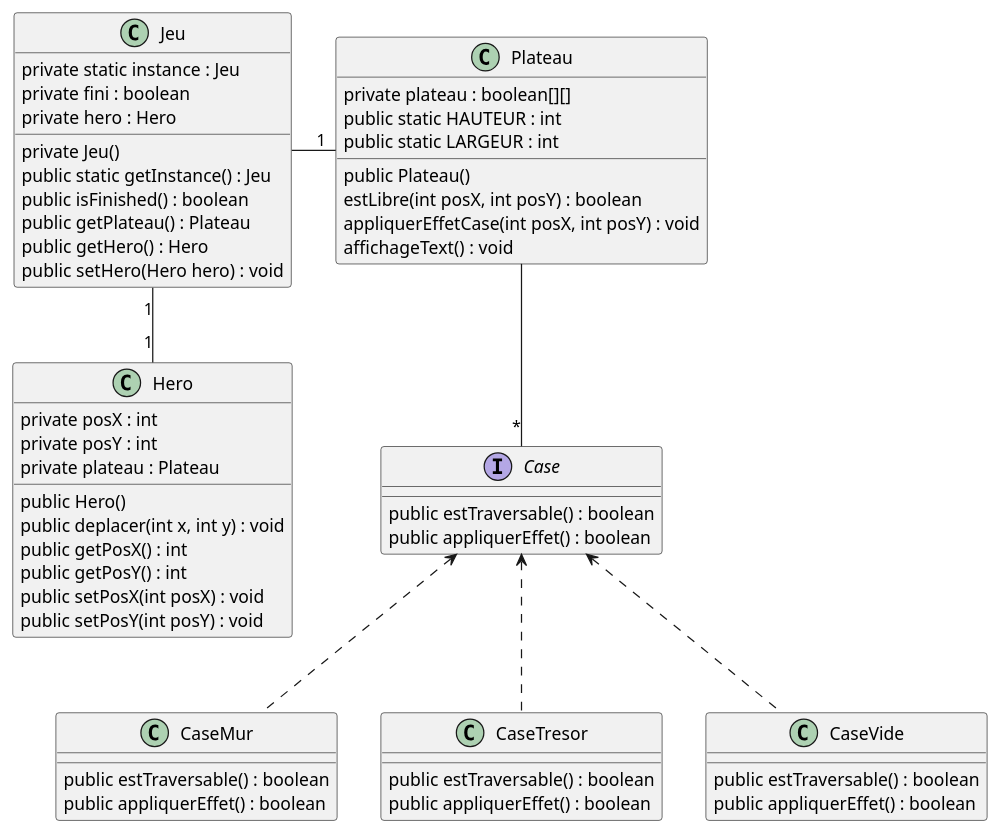
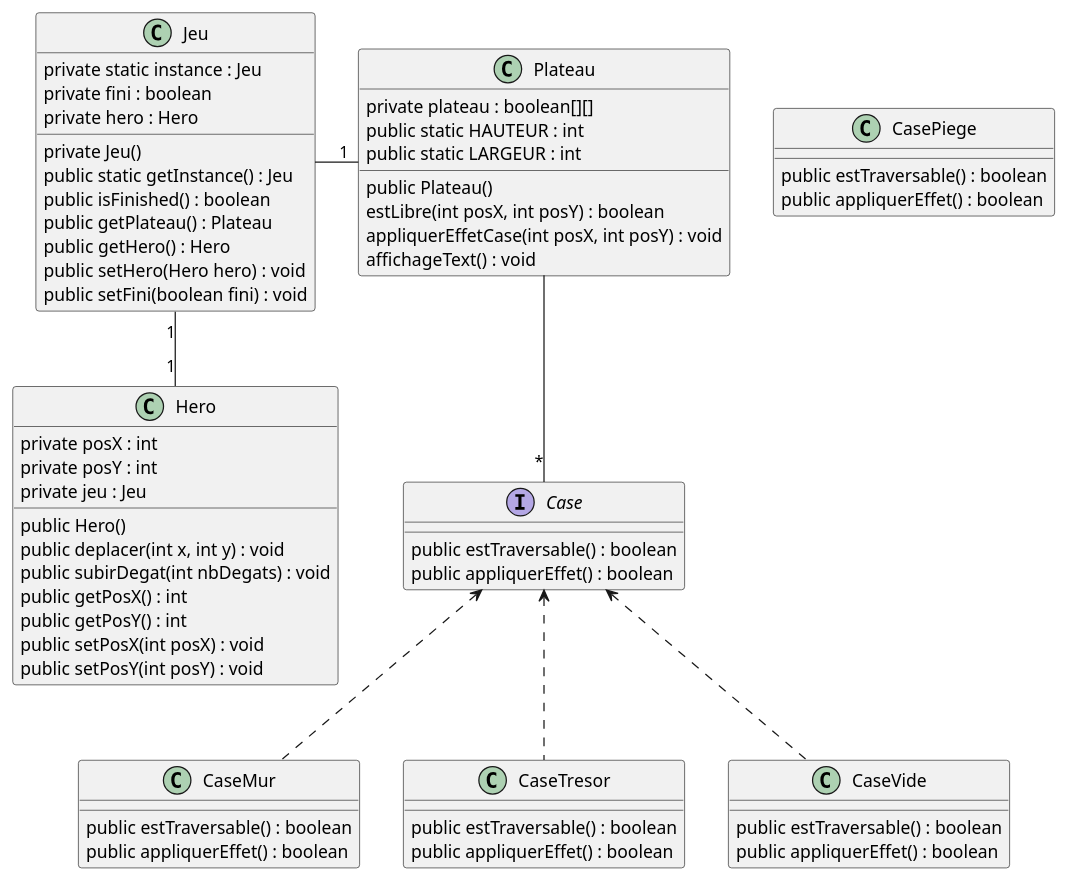
Before and after one commit to fujine/ACL2017_AbJoGuiQuen-: the diagram in Conception/V1.0/Diagramme de classe.puml, drawn with PlantUML. The commit also changed 5 other files, not shown here.

```diff
--- a/Conception/V1.0/Diagramme de classe.puml
+++ b/Conception/V1.0/Diagramme de classe.puml
@@ -1,64 +1,71 @@
 @startuml
 	Class Hero {
 		private posX : int
 		private posY : int
-		private plateau : Plateau
+		private jeu : Jeu
 
 		public Hero()
 		public deplacer(int x, int y) : void
+		public subirDegat(int nbDegats) : void
 		public getPosX() : int
 		public getPosY() : int
         public setPosX(int posX) : void
         public setPosY(int posY) : void
 	}
 	Class Plateau {
         private plateau : boolean[][]
         public static HAUTEUR : int
         public static LARGEUR : int
 
         public Plateau()
         estLibre(int posX, int posY) : boolean
         appliquerEffetCase(int posX, int posY) : void
         affichageText() : void
 
 	}
 	Class Jeu {
 	    private static instance : Jeu
         private fini : boolean
         private hero : Hero
 
         private Jeu()
         public static getInstance() : Jeu
         public isFinished() : boolean
         public getPlateau() : Plateau
         public getHero() : Hero
         public setHero(Hero hero) : void
+        public setFini(boolean fini) : void
 	}
 
 	Interface Case {
 	    public estTraversable() : boolean
 	    public appliquerEffet() : boolean
 	}
 
 	Class CaseMur {
 	    public estTraversable() : boolean
 	    public appliquerEffet() : boolean
 	}
 
 	Class CaseTresor {
 	    public estTraversable() : boolean
 	    public appliquerEffet() : boolean
 	}
 
 	Class CaseVide {
 	    public estTraversable() : boolean
 	    public appliquerEffet() : boolean
 	}
 
+	Class CasePiege {
+	    public estTraversable() : boolean
+        public appliquerEffet() : boolean
+	}
+
     Case <.. CaseVide
     Case <.. CaseMur
     Case <.. CaseTresor
     Plateau -- "*" Case
 	Jeu "1" -down- "1" Hero
 	Jeu -right- "1" Plateau
 @enduml
```
